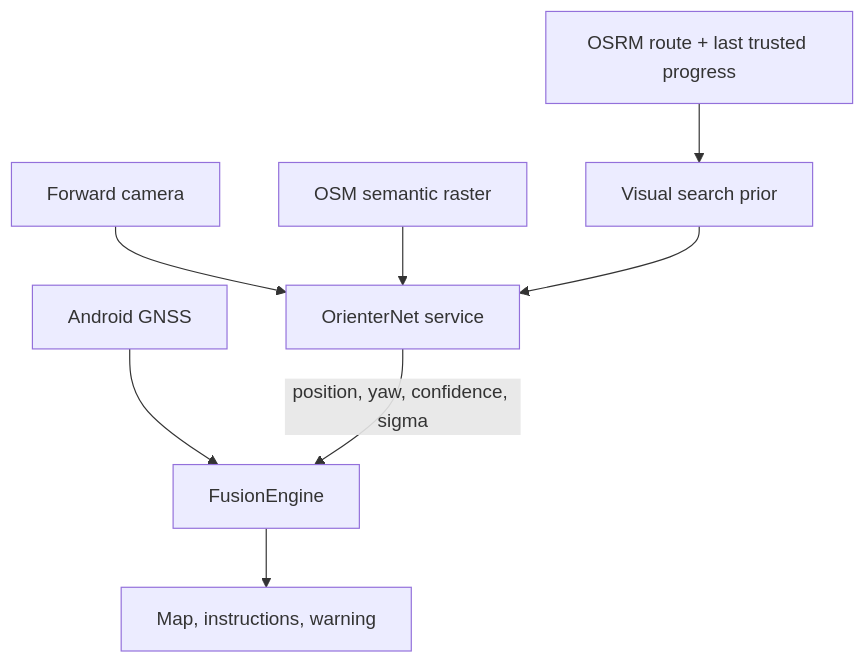
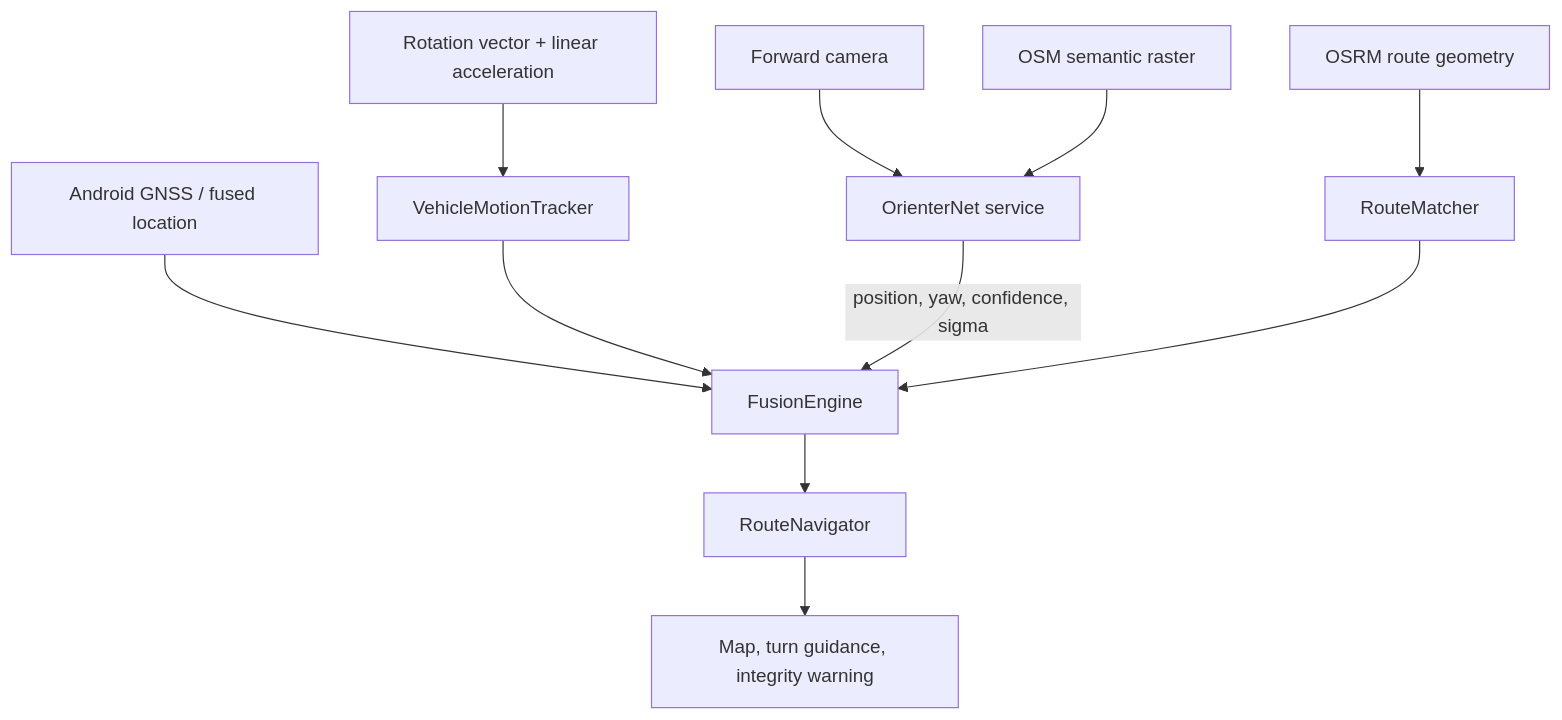
One commit to Mika-dot/OrienterNav changed the diagram in docs/ARCHITECTURE.md. Above: the diagram before and after it, drawn with Mermaid. The commit also changed other lines of this file and 13 other files, not shown here.

First line of the commit message:
GNSS-denied fusion v2: IMU dead reckoning and route map matching

````diff
--- a/docs/ARCHITECTURE.md
+++ b/docs/ARCHITECTURE.md
@@ -5,10 +5,13 @@
 ```mermaid
 flowchart TD
-    GPS[Android GNSS] --> F[FusionEngine]
+    GNSS[Android GNSS / fused location] --> F[FusionEngine]
+    IMU[Rotation vector + linear acceleration] --> DR[VehicleMotionTracker]
+    DR --> F
     CAM[Forward camera] --> API[OrienterNet service]
     OSM[OSM semantic raster] --> API
     API -->|position, yaw, confidence, sigma| F
-    ROUTE[OSRM route + last trusted progress] --> PRIOR[Visual search prior]
-    PRIOR --> API
-    F --> UI[Map, instructions, warning]
+    ROUTE[OSRM route geometry] --> MM[RouteMatcher]
+    MM --> F
+    F --> RN[RouteNavigator]
+    RN --> UI[Map, turn guidance, integrity warning]
 ```
````
